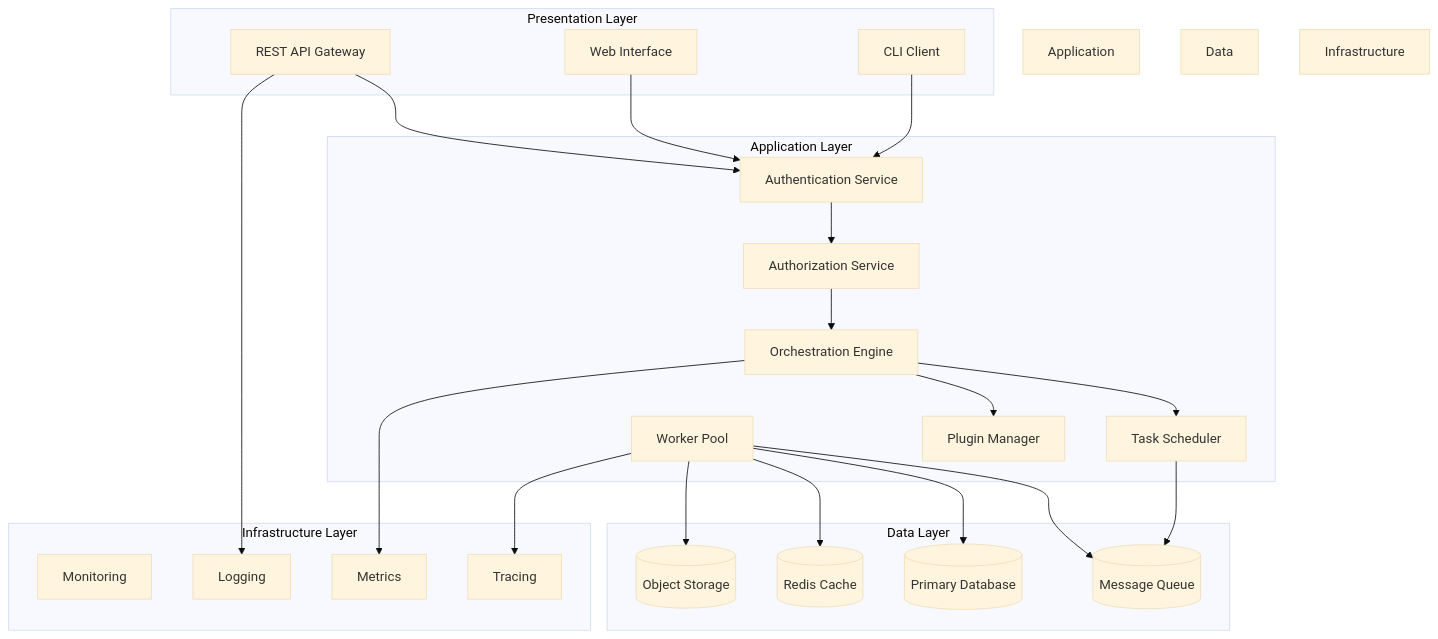
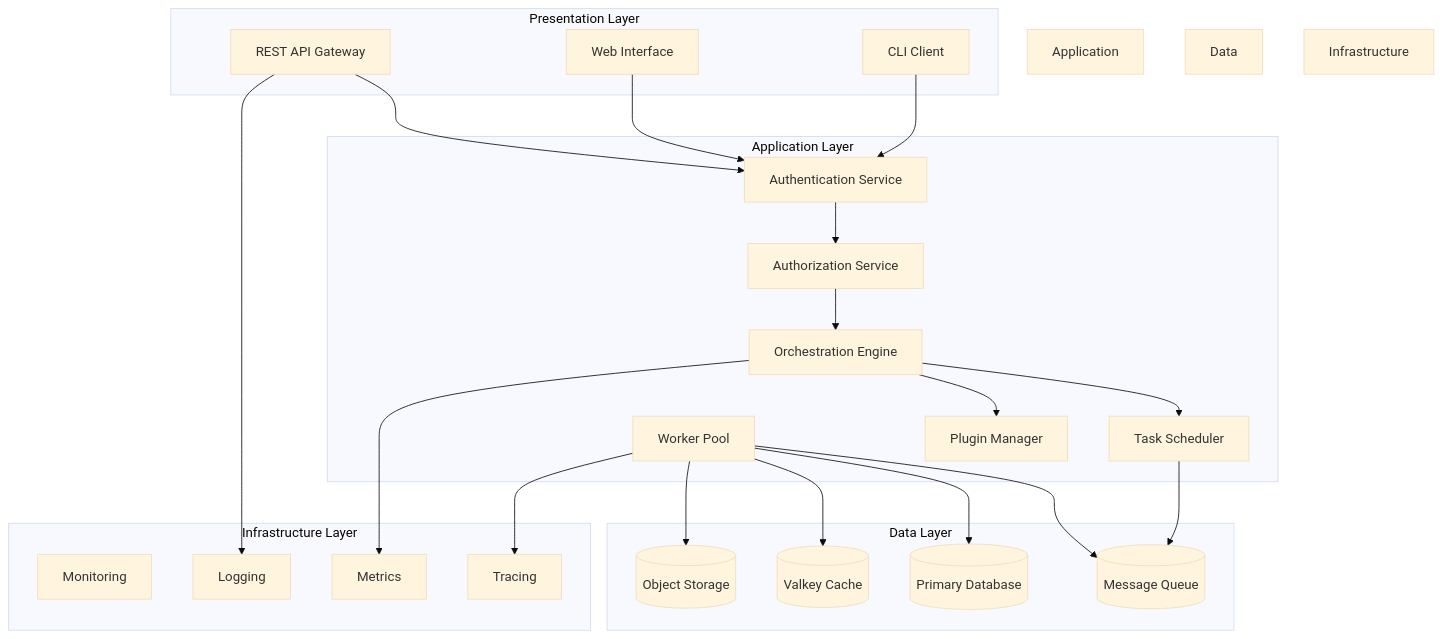
The first of 15 diagrams in docs/ARCHITECTURE.md (apathy-ca/sark), drawn with Mermaid (base theme) before and after one commit. The commit also changed other lines of this file and 68 other files, not shown here.

First line of the commit message:
refactor: migrate from Redis to Valkey

````diff
--- a/docs/ARCHITECTURE.md
+++ b/docs/ARCHITECTURE.md
@@ -13,54 +13,54 @@
 ```mermaid
 graph TB
     subgraph "Presentation Layer"
         API[REST API Gateway]
         WEB[Web Interface]
         CLI[CLI Client]
     end
 
     subgraph "Application Layer"
         AUTH[Authentication Service]
         AUTHZ[Authorization Service]
         ORCH[Orchestration Engine]
         TASK[Task Scheduler]
         WORK[Worker Pool]
         PLUG[Plugin Manager]
     end
 
     subgraph "Data Layer"
-        CACHE[(Redis Cache)]
+        CACHE[(Valkey Cache)]
         DB[(Primary Database)]
         QUEUE[(Message Queue)]
         BLOB[(Object Storage)]
     end
 
     subgraph "Infrastructure Layer"
         MON[Monitoring]
         LOG[Logging]
         TRACE[Tracing]
         METRICS[Metrics]
     end
 
     API --> AUTH
     WEB --> AUTH
     CLI --> AUTH
 
     AUTH --> AUTHZ
     AUTHZ --> ORCH
     ORCH --> TASK
     TASK --> QUEUE
     WORK --> QUEUE
     ORCH --> PLUG
 
     WORK --> DB
     WORK --> CACHE
     WORK --> BLOB
 
     API --> LOG
     ORCH --> METRICS
     WORK --> TRACE
 
     style Application Layer fill:#4a90e2
     style Data Layer fill:#f5a623
     style Infrastructure Layer fill:#50c878
 ```
````
